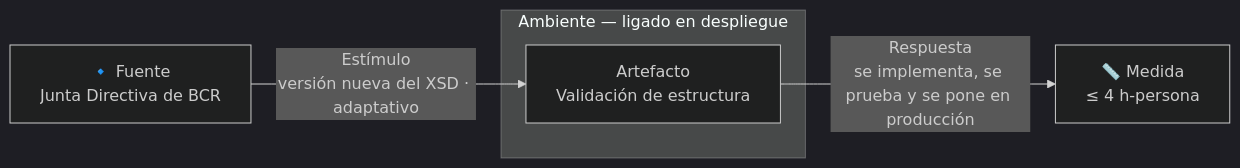
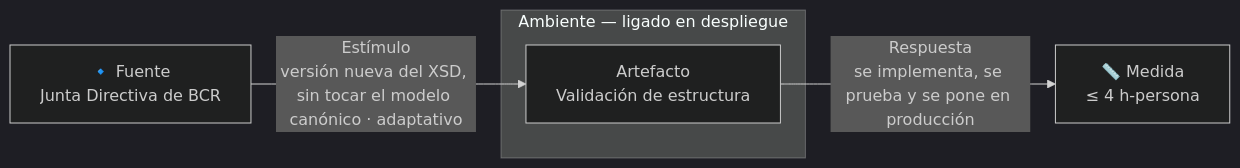
Before and after one commit to MATI-MBIT/arqsoft-reto-4: diagram 15 of 17 in docs/quality-attributes.md, drawn with Mermaid (dark theme). The commit also changed other lines of this file and 5 other files, not shown here.

````diff
--- a/docs/quality-attributes.md
+++ b/docs/quality-attributes.md
@@ -479,9 +487,9 @@
 ```mermaid
 flowchart LR
     F["🔹 Fuente<br/>Junta Directiva de BCR"]
-    F -- "Estímulo<br/>versión nueva del XSD · adaptativo" --> A
+    F -- "Estímulo<br/>versión nueva del XSD, sin tocar el modelo canónico · adaptativo" --> A
     subgraph AMB["Ambiente — ligado en despliegue"]
         A["Artefacto<br/>Validación de estructura"]
     end
     A -- "Respuesta<br/>se implementa, se prueba y se pone en producción" --> M["📏 Medida<br/>≤ 4 h-persona"]
 ```
````
